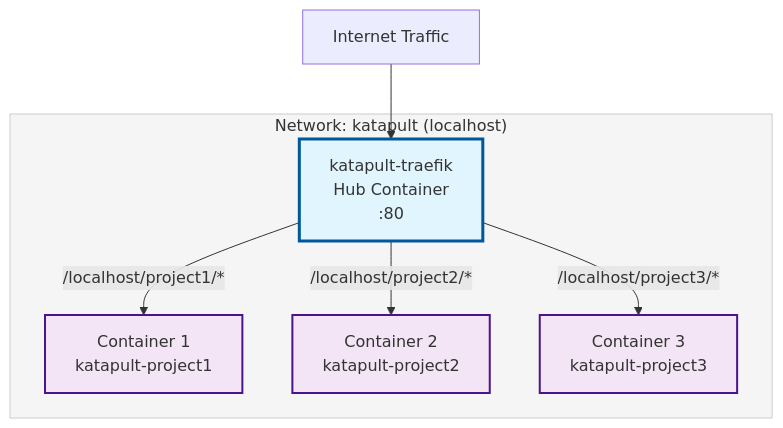
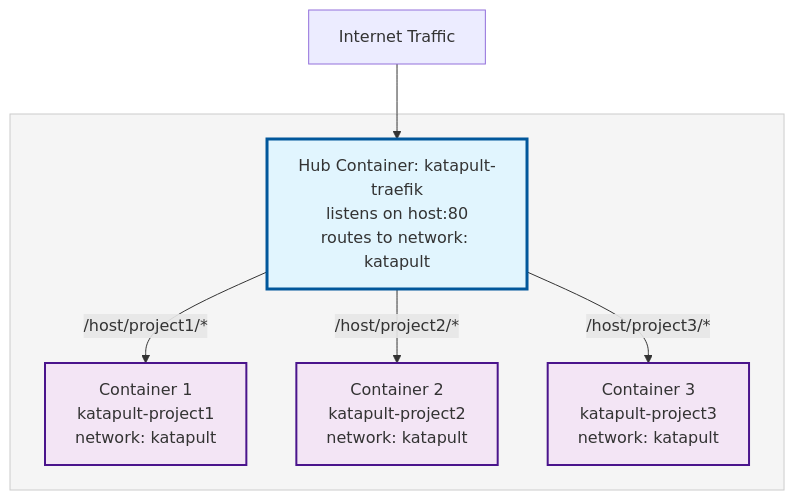
Before and after one commit to ajp619/katapult: the diagram in srv/kat.qmd, drawn with Mermaid. The commit also changed other lines of this file and 20 other files, not shown here.

````diff
--- a/srv/kat.qmd
+++ b/srv/kat.qmd
@@ -69,23 +69,23 @@
 ```{mermaid}
 graph TB
-    Internet[Internet Traffic] --> Traefik[katapult-traefik<br/>Hub Container<br/>:80]
+    Internet[Internet Traffic] --> Traefik[Hub Container: katapult-traefik<br/>listens on host:80<br/>routes to network: katapult]
     
-    subgraph Network["Network: katapult (localhost)"]
+    subgraph Host[" "]
         Traefik
-        App1[Container 1<br/>katapult-project1]
-        App2[Container 2<br/>katapult-project2]
-        App3[Container 3<br/>katapult-project3]
+        App1[Container 1<br/>katapult-project1<br/>network: katapult]
+        App2[Container 2<br/>katapult-project2<br/>network: katapult]
+        App3[Container 3<br/>katapult-project3<br/>network: katapult]
     end
     
-    Traefik -->|/localhost/project1/*| App1
-    Traefik -->|/localhost/project2/*| App2
-    Traefik -->|/localhost/project3/*| App3
+    Traefik -->|/host/project1/*| App1
+    Traefik -->|/host/project2/*| App2
+    Traefik -->|/host/project3/*| App3
     
     classDef hubContainer fill:#e1f5fe,stroke:#01579b,stroke-width:3px
     classDef appContainer fill:#f3e5f5,stroke:#4a148c,stroke-width:2px
-    classDef networkBox fill:#f5f5f5,stroke:#cccccc,stroke-width:1px
+    classDef hostBox fill:#f5f5f5,stroke:#cccccc,stroke-width:1px
     
     class Traefik hubContainer
     class App1,App2,App3 appContainer
-    class Network networkBox
+    class Host hostBox
 ```
````
